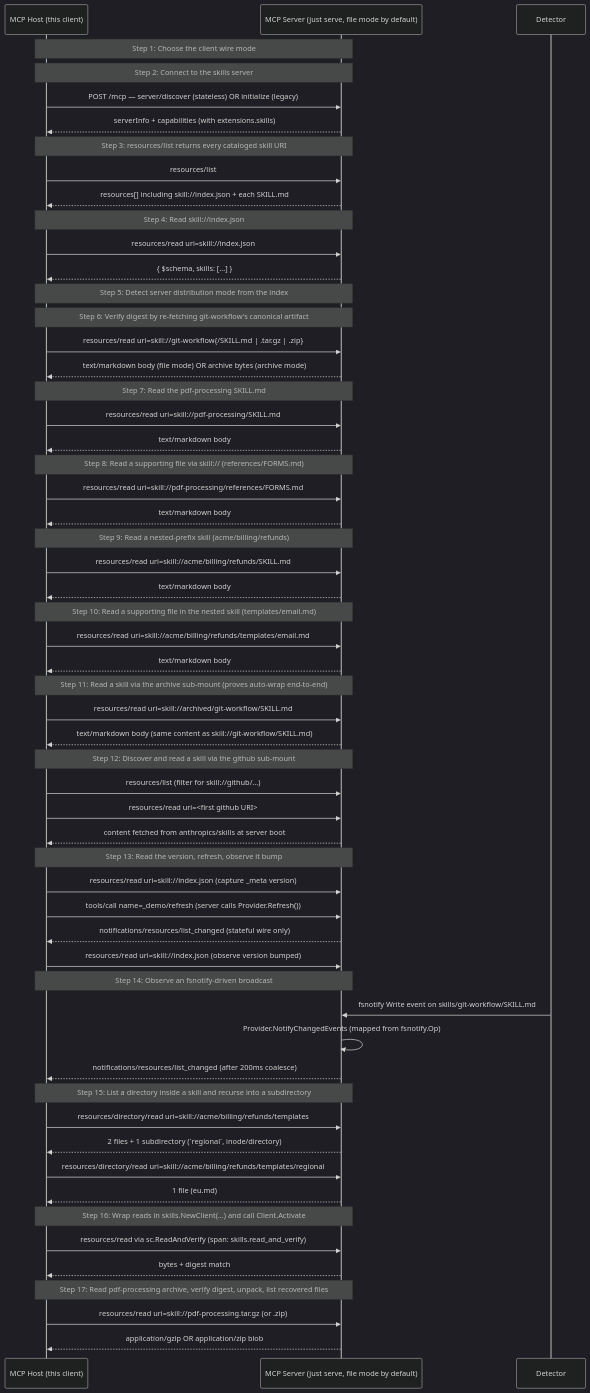
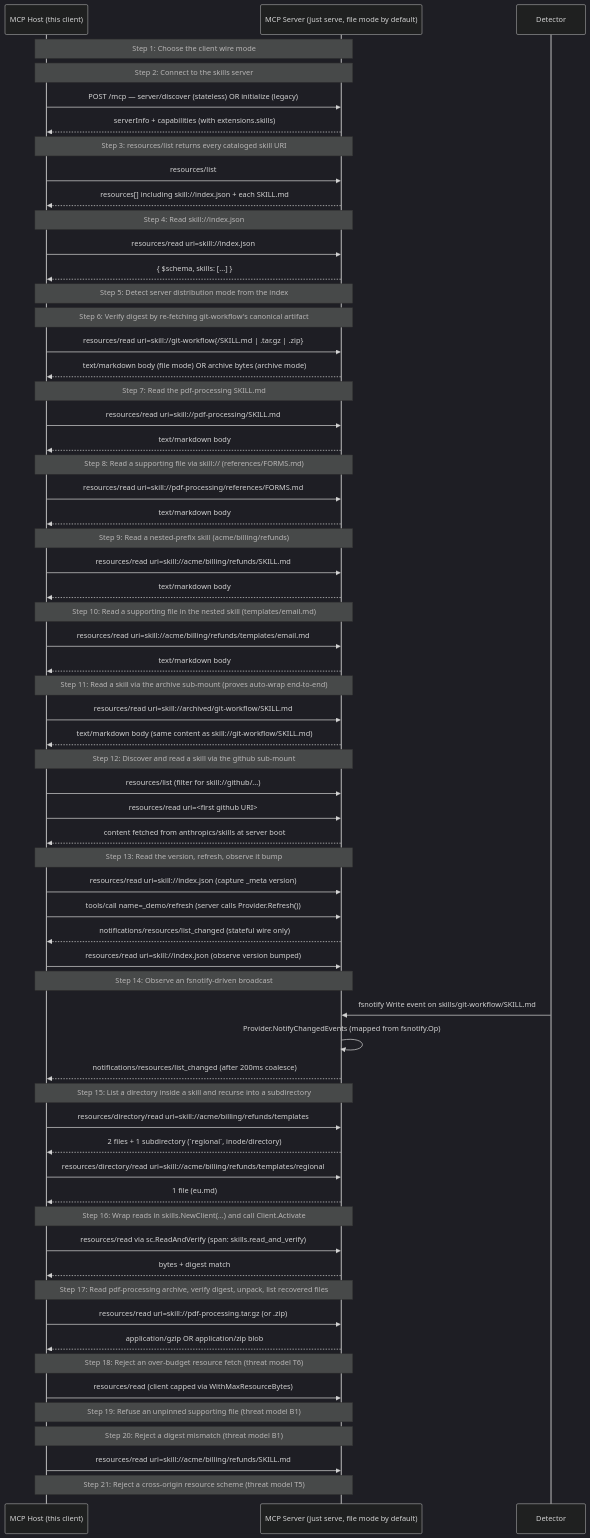
One commit to panyam/mcpkit changed the diagram in examples/skills/WALKTHROUGH.md. Above: the diagram before and after it, drawn with Mermaid (dark theme). The commit also changed other lines of this file and 2 other files, not shown here.

First line of the commit message:
examples(skills): surface the threat-model defenses in the demokit walkthrough

````diff
--- a/examples/skills/WALKTHROUGH.md
+++ b/examples/skills/WALKTHROUGH.md
@@ -98,4 +102,14 @@
     Note over Host,Server: Step 17: Read pdf-processing archive, verify digest, unpack, list recovered files
     Host->>Server: resources/read uri=skill://pdf-processing.tar.gz (or .zip)
     Server-->>Host: application/gzip OR application/zip blob
+
+    Note over Host,Server: Step 18: Reject an over-budget resource fetch (threat model T6)
+    Host->>Server: resources/read (client capped via WithMaxResourceBytes)
+
+    Note over Host,Server: Step 19: Refuse an unpinned supporting file (threat model B1)
+
+    Note over Host,Server: Step 20: Reject a digest mismatch (threat model B1)
+    Host->>Server: resources/read uri=skill://acme/billing/refunds/SKILL.md
+
+    Note over Host,Server: Step 21: Reject a cross-origin resource scheme (threat model T5)
 ```
````
